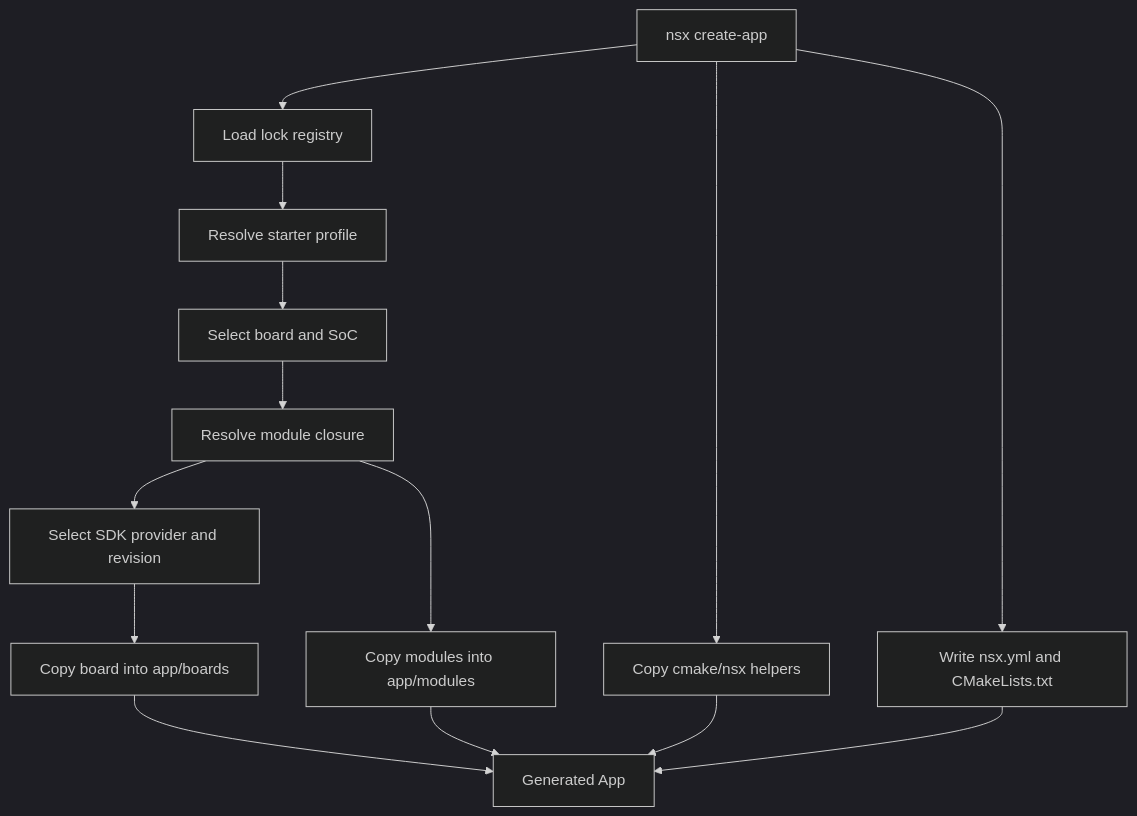
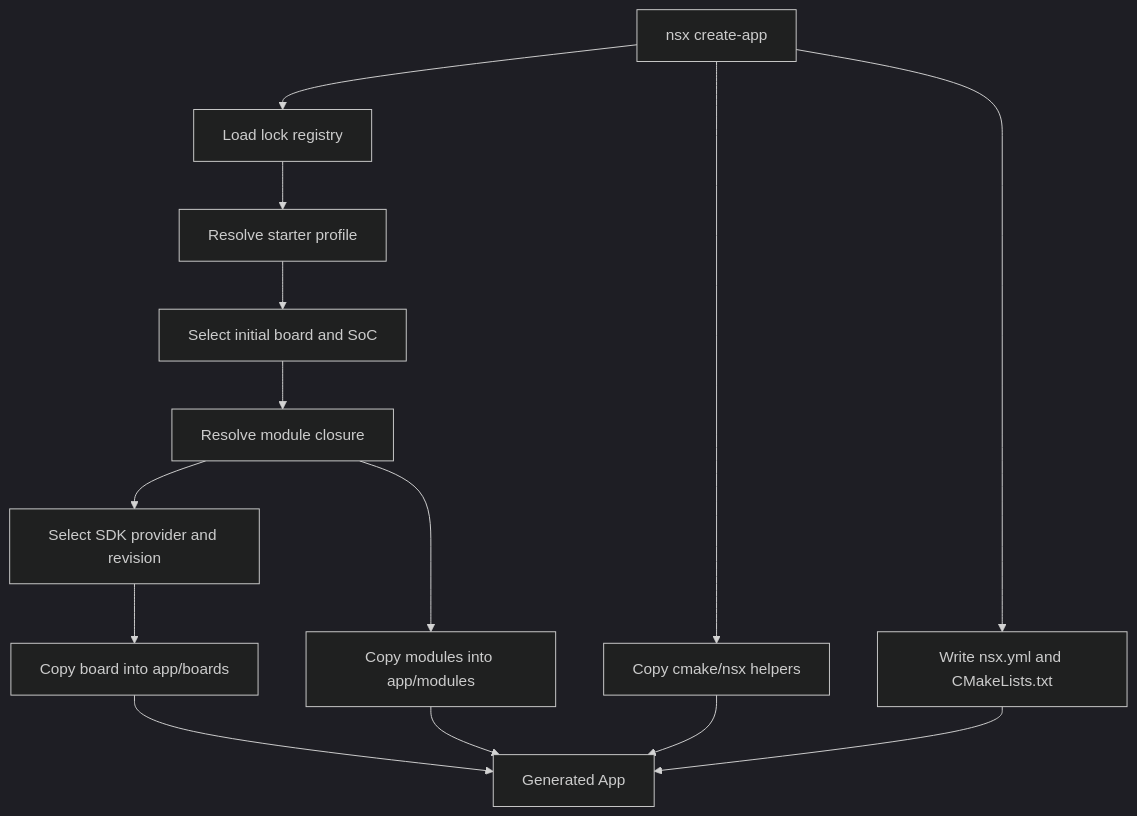
The diagram in docs/architecture/app-generation-flow.md (AmbiqAI/neuralspotx), drawn with Mermaid (dark theme) before and after one commit. The commit also changed other lines of this file and 56 other files, not shown here.

````diff
--- a/docs/architecture/app-generation-flow.md
+++ b/docs/architecture/app-generation-flow.md
@@ -6,16 +8,16 @@
 ```mermaid
 flowchart TD
     A["nsx create-app"] --> B["Load lock registry"]
     B --> C["Resolve starter profile"]
-    C --> D["Select board and SoC"]
+    C --> D["Select initial board and SoC"]
     D --> E["Resolve module closure"]
     E --> F["Select SDK provider and revision"]
     F --> G["Copy board into app/boards"]
     E --> H["Copy modules into app/modules"]
     A --> I["Copy cmake/nsx helpers"]
     A --> J["Write nsx.yml and CMakeLists.txt"]
     G --> K["Generated App"]
     H --> K
     I --> K
     J --> K
 ```
````
